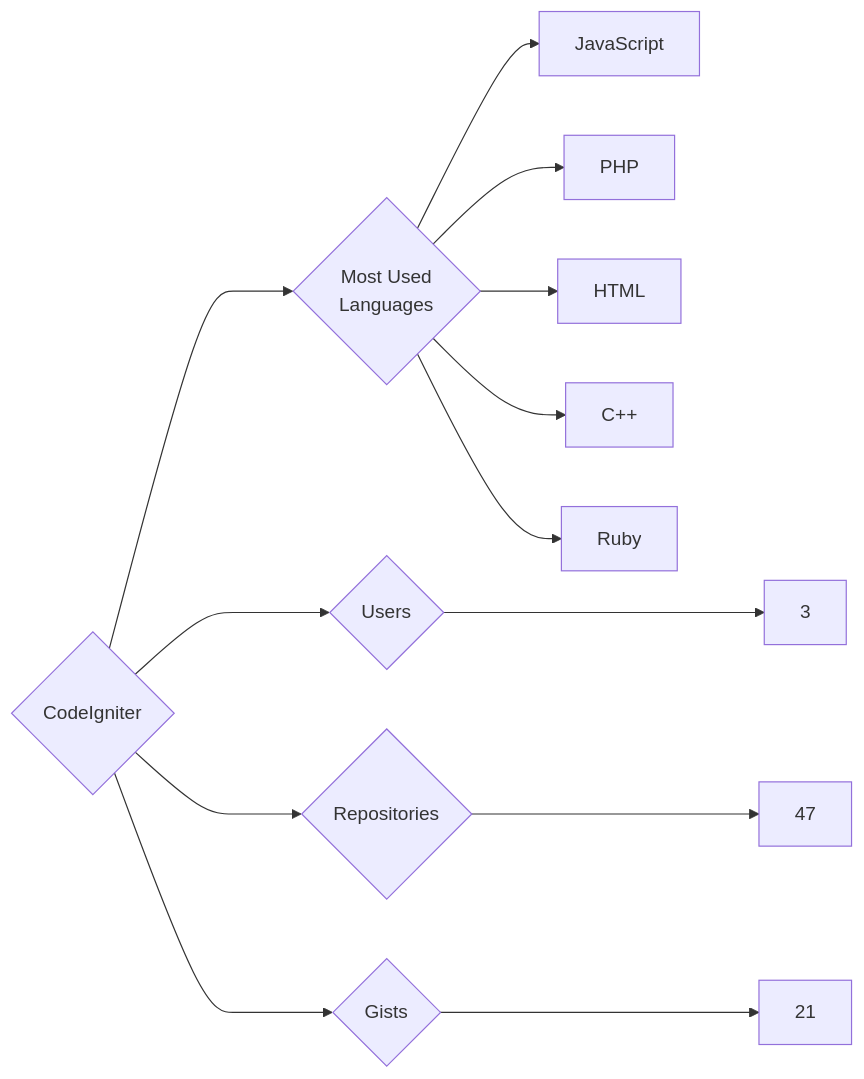
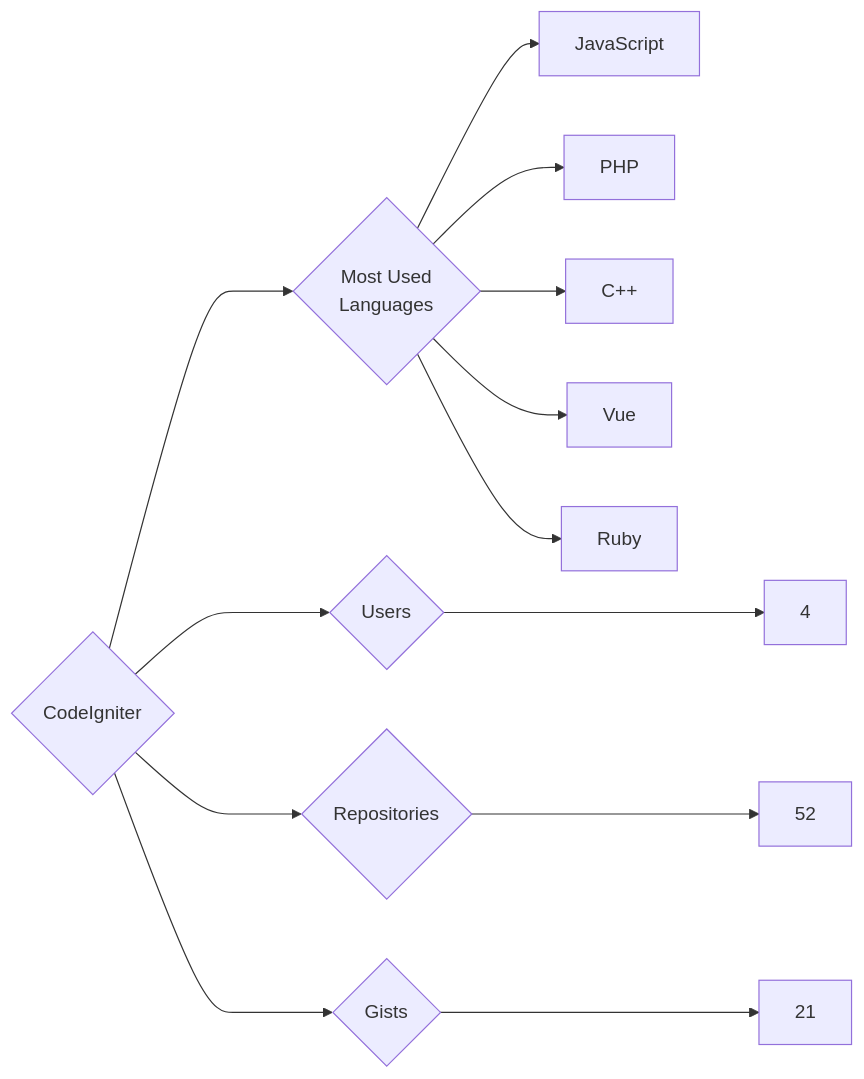
One commit to trickest/insiders changed the diagram in targets/CodeIgniter/README.md. Above: the diagram before and after it, drawn with Mermaid. The commit also changed 914 other files, not shown here.

````diff
--- a/targets/CodeIgniter/README.md
+++ b/targets/CodeIgniter/README.md
@@ -3,13 +3,13 @@
 ```mermaid
 graph LR
 COMPANY_NAME{CodeIgniter}
-COMPANY_NAME ---> U{Users} ---> UN[3]
-COMPANY_NAME ---> R{Repositories} ---> RN[47]
+COMPANY_NAME ---> U{Users} ---> UN[4]
+COMPANY_NAME ---> R{Repositories} ---> RN[52]
 COMPANY_NAME ---> G{Gists} ---> GN[21]
 COMPANY_NAME ---> ML{Most Used<br>Languages}
 ML --> JavaScript[JavaScript]
 ML --> PHP[PHP]
-ML --> HTML[HTML]
 ML --> C++[C++]
+ML --> Vue[Vue]
 ML --> Ruby[Ruby]
 ```
````
